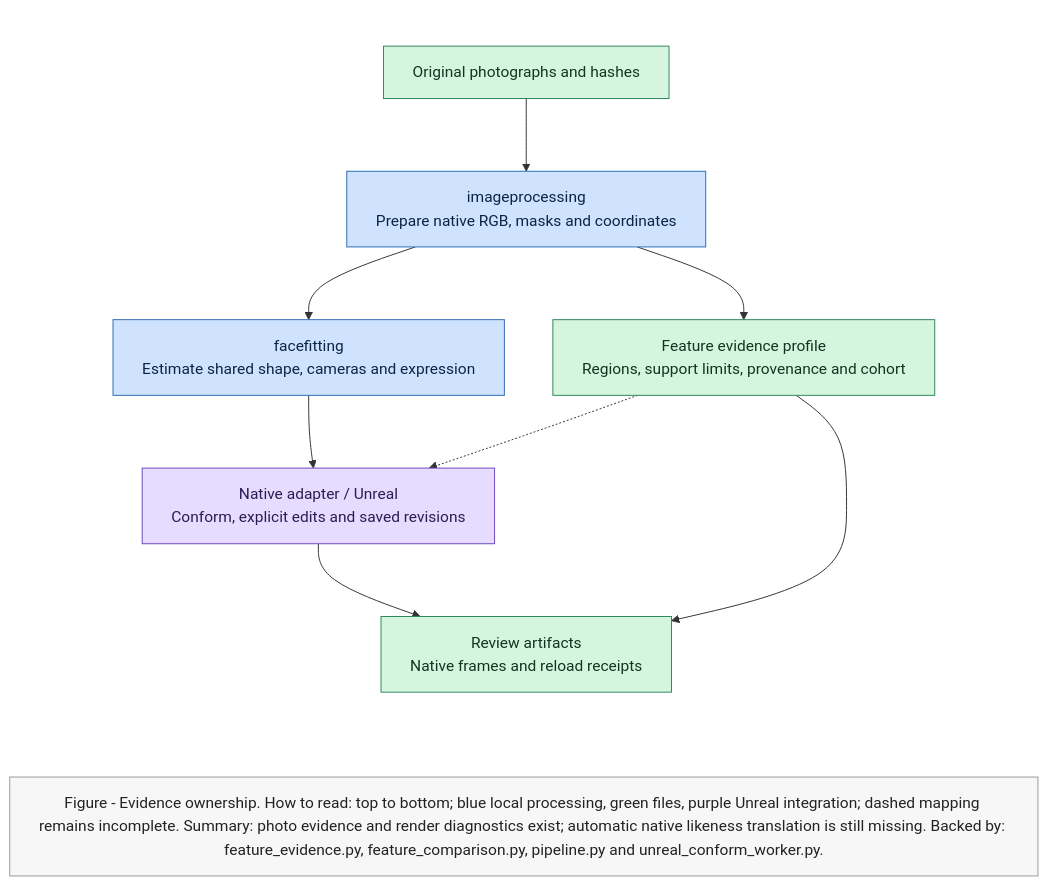
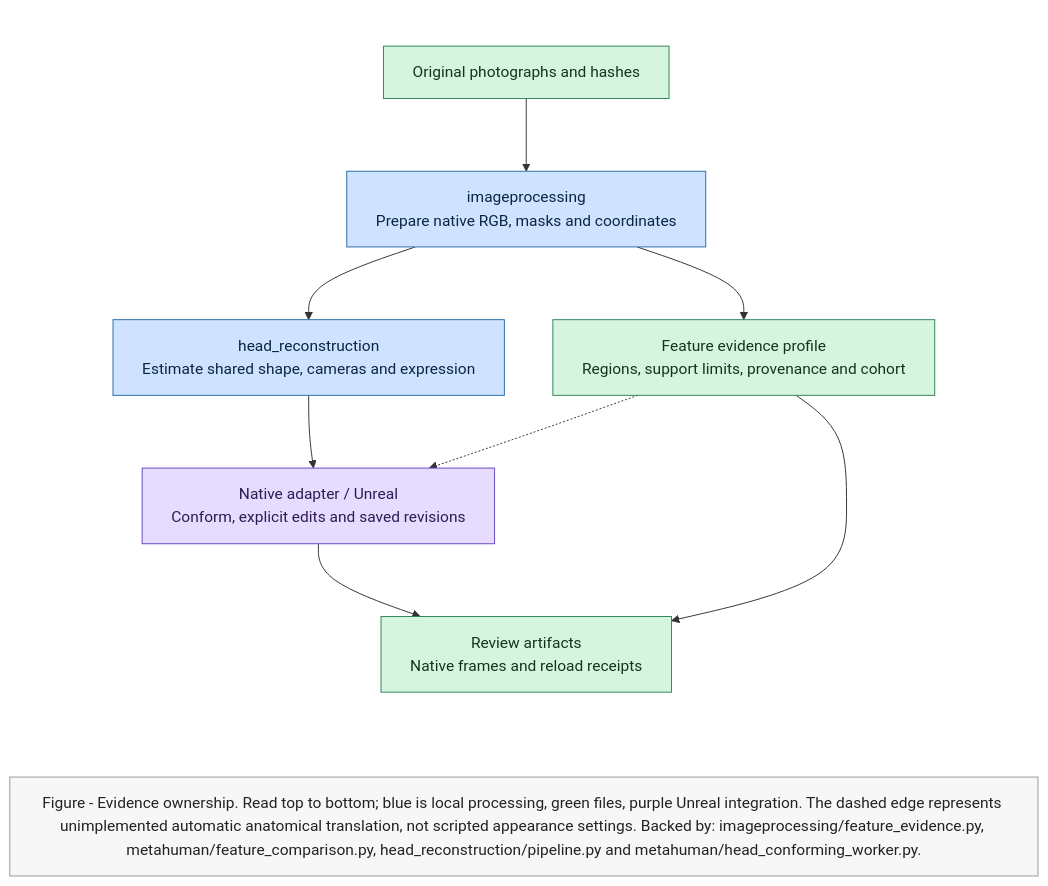
The first of 2 diagrams in docs/imageprocessing/photo-to-metahuman-research.md (Arka95/ailias), drawn with Mermaid before and after one commit. The commit also changed other lines of this file and 226 other files, not shown here.

First line of the commit message:
Refactor pipeline ownership and complete safely timed video execution

````diff
--- a/docs/imageprocessing/photo-to-metahuman-research.md
+++ b/docs/imageprocessing/photo-to-metahuman-research.md
@@ -177,21 +143,21 @@
 ```mermaid
 %%{init: {"flowchart": {"wrappingWidth": 1000}}}%%
 flowchart TB
     subgraph MAIN[" "]
         direction TB
         P["Original photographs and hashes"]:::store --> I["imageprocessing<br/>Prepare native RGB, masks and coordinates"]:::svc
-        I --> F["facefitting<br/>Estimate shared shape, cameras and expression"]:::svc
+        I --> F["head_reconstruction<br/>Estimate shared shape, cameras and expression"]:::svc
         F --> N["Native adapter / Unreal<br/>Conform, explicit edits and saved revisions"]:::ext
         N --> R["Review artifacts<br/>Native frames and reload receipts"]:::store
         I --> E["Feature evidence profile<br/>Regions, support limits, provenance and cohort"]:::store
         E -.-> N
         E --> R
     end
     MAIN ~~~ SUM
-    SUM["Figure - Evidence ownership. How to read: top to bottom; blue local processing, green files, purple Unreal integration; dashed mapping remains incomplete. Summary: photo evidence and render diagnostics exist; automatic native likeness translation is still missing. Backed by: feature_evidence.py, feature_comparison.py, pipeline.py and unreal_conform_worker.py."]:::caption
+    SUM["Figure - Evidence ownership. Read top to bottom; blue is local processing, green files, purple Unreal integration. The dashed edge represents unimplemented automatic anatomical translation, not scripted appearance settings. Backed by: imageprocessing/feature_evidence.py, metahuman/feature_comparison.py, head_reconstruction/pipeline.py and metahuman/head_conforming_worker.py."]:::caption
     style MAIN fill:none,stroke:none
     classDef svc fill:#cfe3ff,stroke:#2b6cb0,color:#0b2545
     classDef store fill:#d6f5df,stroke:#2f855a,color:#12351f
     classDef ext fill:#e6dcff,stroke:#6b46c1,color:#2d1b52
     classDef caption fill:#f7f7f7,stroke:#999,color:#222,font-size:16px
 ```
````
